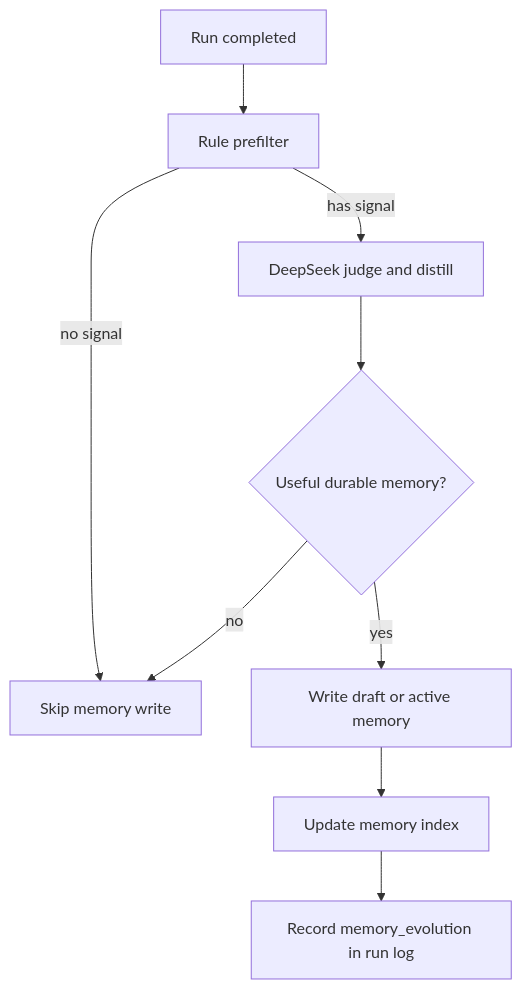
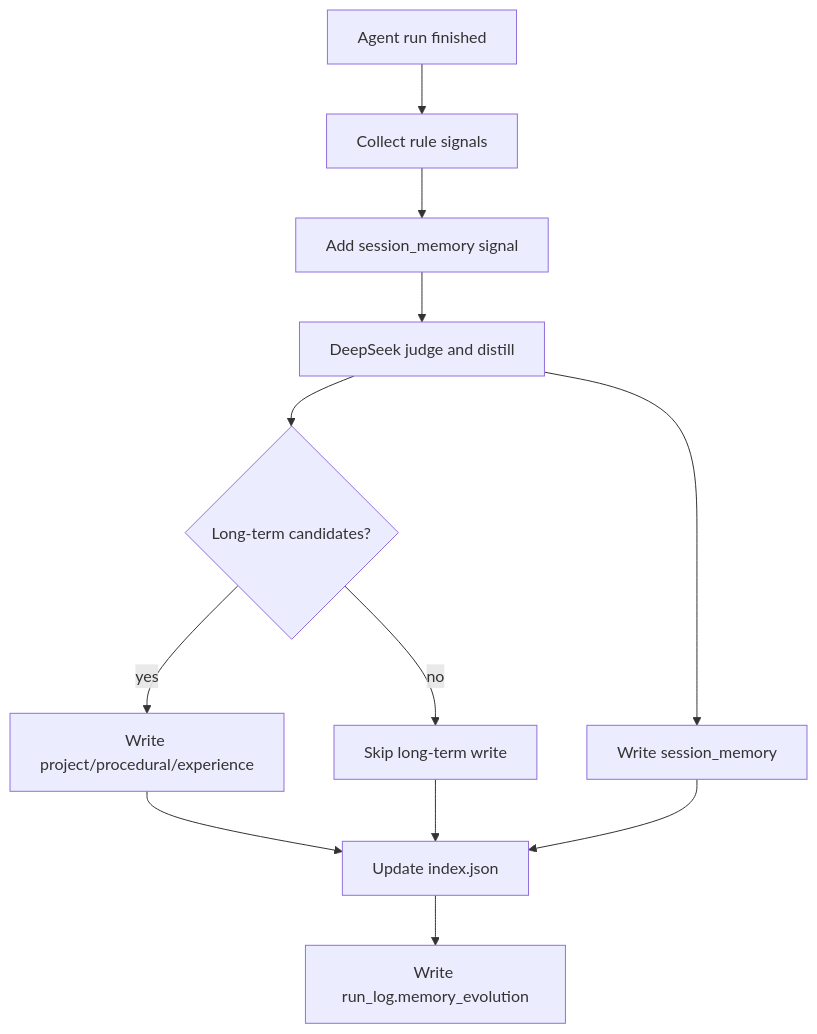
The sixth of 6 diagrams in README.md (Cachuela11/MiniCode), drawn with Mermaid before and after one commit. The commit also changed other lines of this file and 3 other files, not shown here.

````diff
--- a/README.md
+++ b/README.md
@@ -226,11 +226,14 @@
 ```mermaid
 flowchart TD
-    A[Run completed] --> B[Rule prefilter]
-    B -->|no signal| C[Skip memory write]
-    B -->|has signal| D[DeepSeek judge and distill]
-    D --> E{Useful durable memory?}
-    E -->|no| C
-    E -->|yes| F[Write draft or active memory]
-    F --> G[Update memory index]
-    G --> H[Record memory_evolution in run log]
+    A[Agent run finished] --> B[Collect rule signals]
+    B --> C[Add session_memory signal]
+    C --> D[DeepSeek judge and distill]
+    D --> E{Long-term candidates?}
+    E -->|yes| F[Write project/procedural/experience]
+    E -->|no| G[Skip long-term write]
+    D --> H[Write session_memory]
+    F --> I[Update index.json]
+    G --> I
+    H --> I
+    I --> J[Write run_log.memory_evolution]
 ```
````
